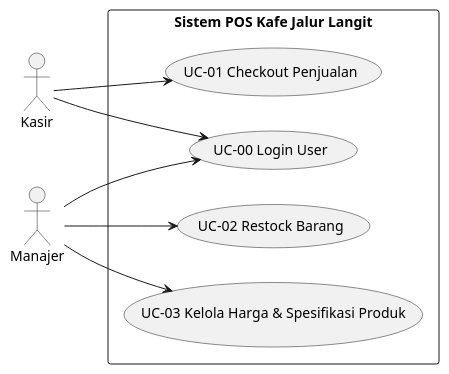
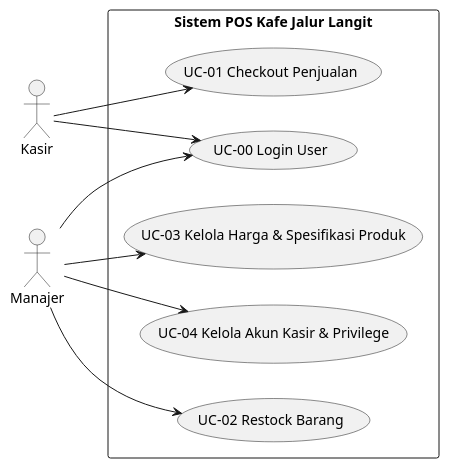
One commit to azrlb23/MBD-Yuks changed the first of 2 diagrams in erd_and_usecase.md. Above: the diagram before and after it, drawn with PlantUML. The commit also changed other lines of this file and 4 other files, not shown here.

````diff
--- a/erd_and_usecase.md
+++ b/erd_and_usecase.md
@@ -14,23 +14,25 @@
 ```plantuml
 @startuml
 left to right direction
 skinparam packageStyle rectangle
 
 actor "Kasir" as K
 actor "Manajer" as M
 
 rectangle "Sistem POS Kafe Jalur Langit" {
     usecase "UC-00 Login User" as UC0
     usecase "UC-01 Checkout Penjualan" as UC1
     usecase "UC-02 Restock Barang" as UC2
     usecase "UC-03 Kelola Harga & Spesifikasi Produk" as UC3
+    usecase "UC-04 Kelola Akun Kasir & Privilege" as UC4
 }
 
 K --> UC0
 K --> UC1
 
 M --> UC0
 M --> UC2
 M --> UC3
+M --> UC4
 @enduml
 ```
````
